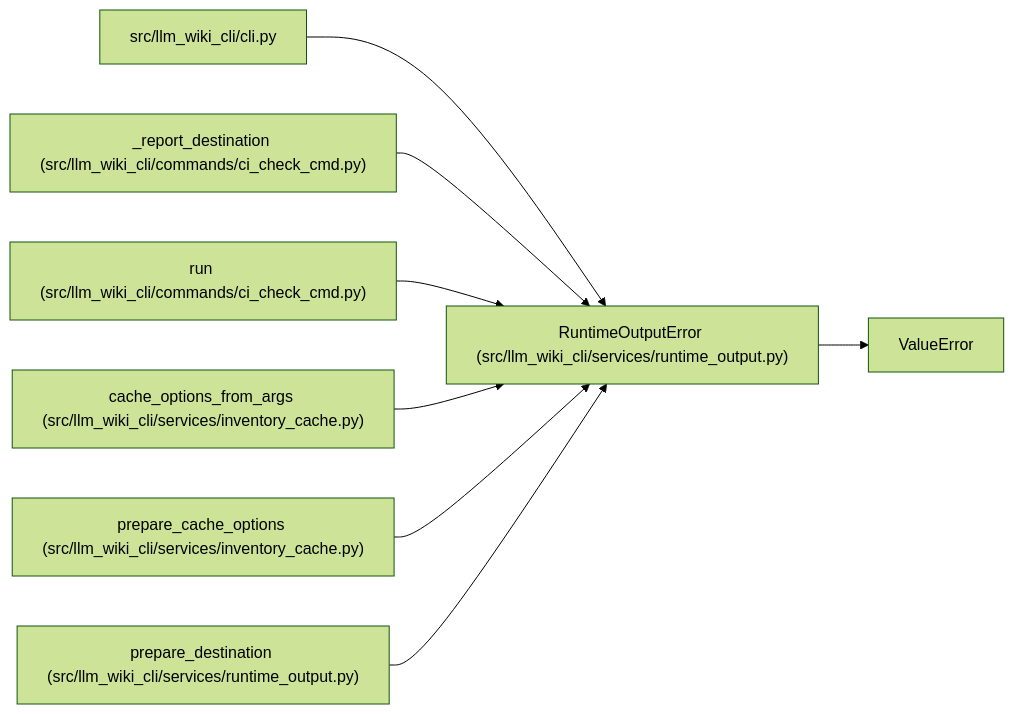
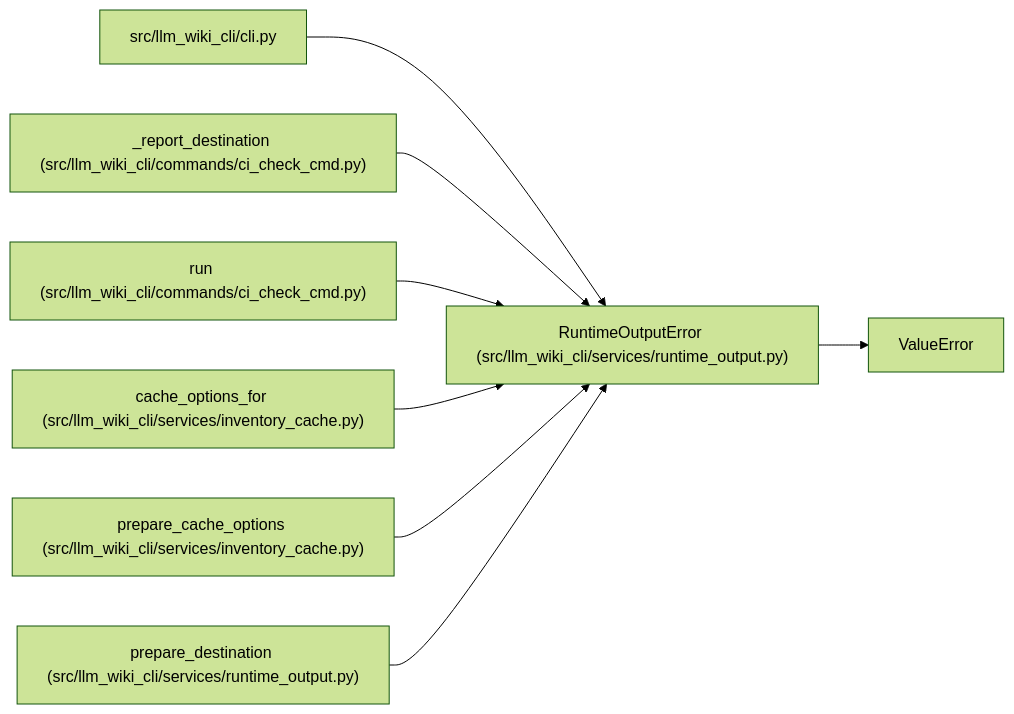
Before and after one commit to Denissvgn/python-wiki-llm: the diagram in docs/llm_wiki/entities/RuntimeOutputError.md, drawn with Mermaid (forest theme). The commit also changed other lines of this file and 1555 other files, not shown here.

````diff
--- a/docs/llm_wiki/entities/RuntimeOutputError.md
+++ b/docs/llm_wiki/entities/RuntimeOutputError.md
@@ -23,25 +23,25 @@
 ```mermaid
 flowchart LR
     n0["RuntimeOutputError (src/llm_wiki_cli/services/runtime_output.py)"]
     n1["ValueError"]
     n2["src/llm_wiki_cli/cli.py"]
     n3["_report_destination (src/llm_wiki_cli/commands/ci_check_cmd.py)"]
     n4["run (src/llm_wiki_cli/commands/ci_check_cmd.py)"]
-    n5["cache_options_from_args (src/llm_wiki_cli/services/inventory_cache.py)"]
+    n5["cache_options_for (src/llm_wiki_cli/services/inventory_cache.py)"]
     n6["prepare_cache_options (src/llm_wiki_cli/services/inventory_cache.py)"]
     n7["prepare_destination (src/llm_wiki_cli/services/runtime_output.py)"]
     n0 --> n1
     n2 --> n0
     n3 --> n0
     n4 --> n0
     n5 --> n0
     n6 --> n0
     n7 --> n0
     click n0 "../modules/runtime_output.md"
     click n2 "../modules/cli.md"
     click n3 "../modules/ci_check_cmd.md"
     click n4 "../modules/ci_check_cmd.md"
     click n5 "../modules/inventory_cache.md"
     click n6 "../modules/inventory_cache.md"
     click n7 "../modules/runtime_output.md"
 ```
````
